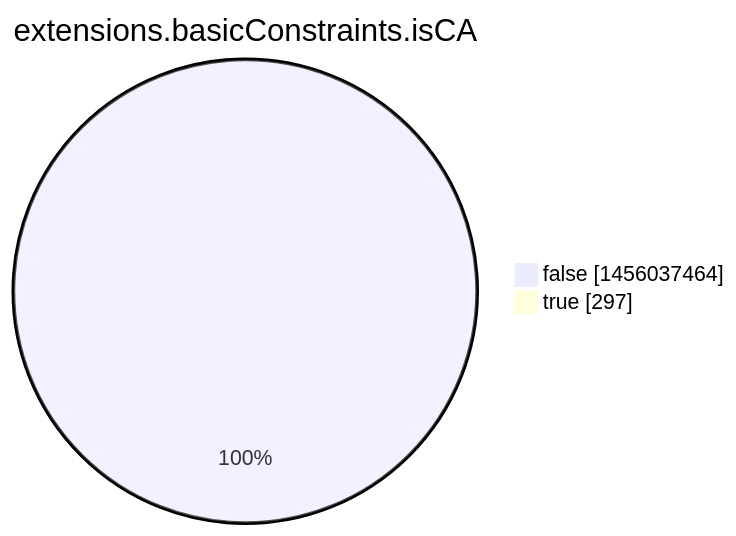
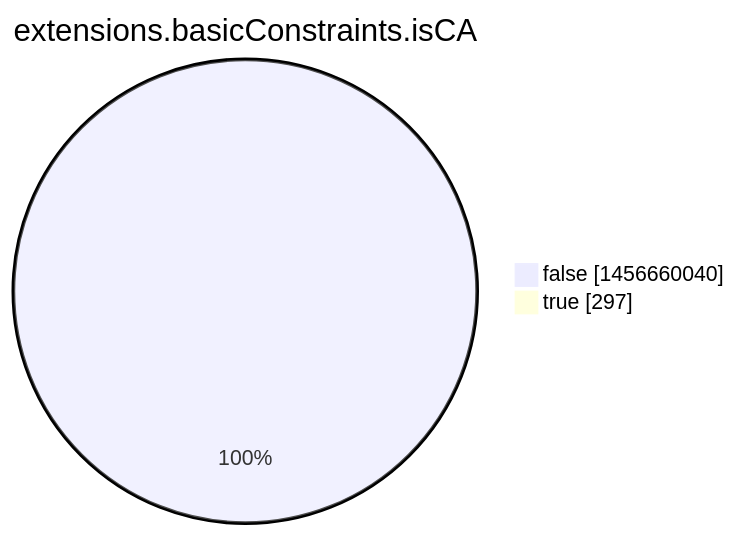
The eighth of 15 diagrams in argon2022/README.md (christiankrug/ctmonitor_visualization), drawn with Mermaid before and after one commit. The commit also changed other lines of this file, not shown here.

````diff
--- a/argon2022/README.md
+++ b/argon2022/README.md
@@ -2760,6 +2760,6 @@
 ```mermaid
 pie showData
 title extensions.basicConstraints.isCA
-"false" :1456037464
+"false" :1456660040
 "true" :297
 ```
````
